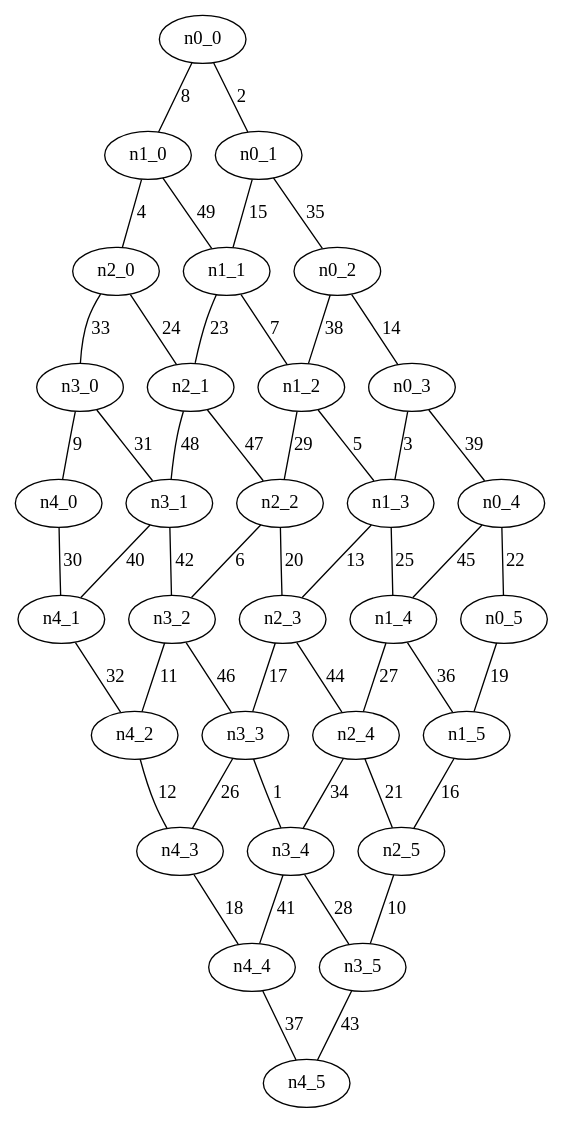
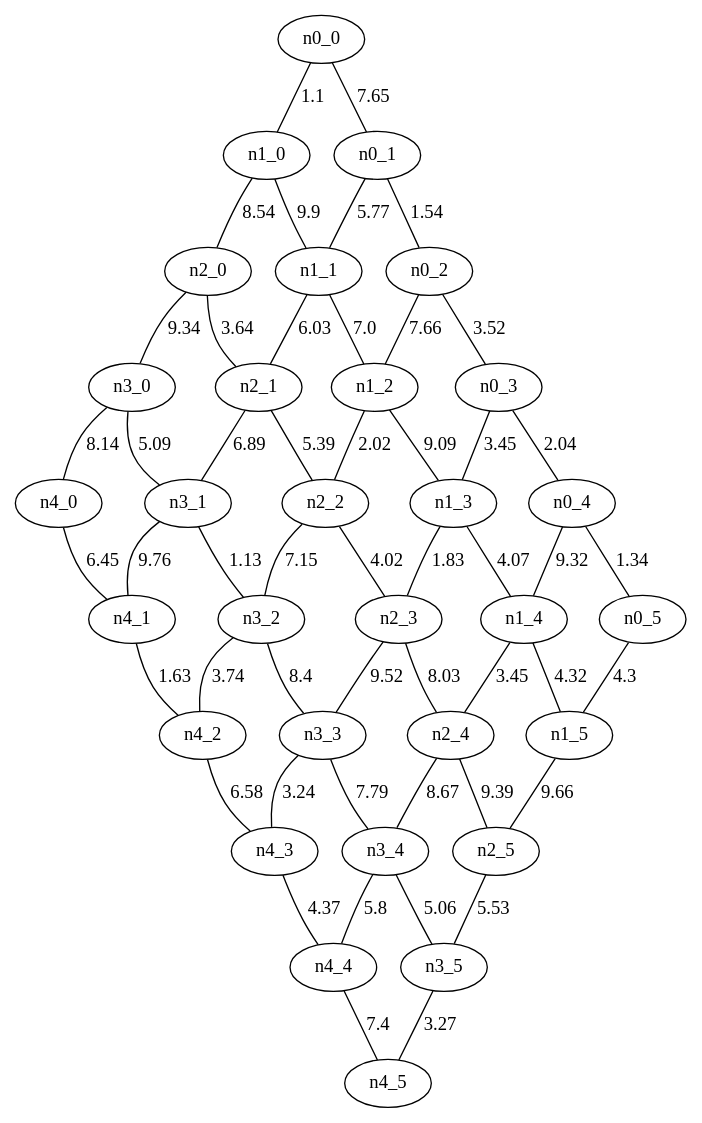
Before and after one commit to amorac4/DAA24: the diagram in Proyecto 4/Grafos Generados/grafo_malla_30.gv, drawn with Graphviz. The commit also changed 65 other files, not shown here.

```diff
--- a/Proyecto 4/Grafos Generados/grafo_malla_30.gv
+++ b/Proyecto 4/Grafos Generados/grafo_malla_30.gv
@@ -1,81 +1,81 @@
 graph G {
-"n4_0";
-"n4_1";
-"n2_5";
 "n3_2";
 "n2_2";
+"n0_3";
+"n1_3";
+"n1_2";
+"n3_4";
+"n1_0";
+"n1_5";
+"n2_3";
+"n0_5";
+"n1_1";
+"n1_4";
+"n4_4";
+"n4_0";
+"n3_5";
+"n0_4";
+"n0_1";
+"n3_3";
+"n0_0";
+"n0_2";
+"n3_0";
+"n2_0";
+"n4_2";
+"n4_1";
+"n4_3";
+"n2_5";
 "n2_4";
-"n1_4";
-"n2_0";
+"n4_5";
+"n3_1";
 "n2_1";
-"n0_0";
-"n0_3";
-"n1_0";
-"n0_5";
-"n4_4";
-"n2_3";
-"n0_1";
-"n1_1";
-"n4_3";
-"n3_0";
-"n3_4";
-"n1_2";
-"n0_4";
-"n3_1";
-"n1_3";
-"n4_5";
-"n0_2";
-"n3_3";
-"n1_5";
-"n4_2";
-"n3_5";
-    "n3_3" -- "n3_4"[label="1", len="1"];
-    "n0_0" -- "n0_1"[label="2", len="2"];
-    "n0_3" -- "n1_3"[label="3", len="3"];
-    "n1_0" -- "n2_0"[label="4", len="4"];
-    "n1_2" -- "n1_3"[label="5", len="5"];
-    "n2_2" -- "n3_2"[label="6", len="6"];
-    "n1_1" -- "n1_2"[label="7", len="7"];
-    "n0_0" -- "n1_0"[label="8", len="8"];
-    "n3_0" -- "n4_0"[label="9", len="9"];
-    "n2_5" -- "n3_5"[label="10", len="10"];
-    "n3_2" -- "n4_2"[label="11", len="11"];
-    "n4_2" -- "n4_3"[label="12", len="12"];
-    "n1_3" -- "n2_3"[label="13", len="13"];
-    "n0_2" -- "n0_3"[label="14", len="14"];
-    "n0_1" -- "n1_1"[label="15", len="15"];
-    "n1_5" -- "n2_5"[label="16", len="16"];
-    "n2_3" -- "n3_3"[label="17", len="17"];
-    "n4_3" -- "n4_4"[label="18", len="18"];
-    "n0_5" -- "n1_5"[label="19", len="19"];
-    "n2_2" -- "n2_3"[label="20", len="20"];
-    "n2_4" -- "n2_5"[label="21", len="21"];
-    "n0_4" -- "n0_5"[label="22", len="22"];
-    "n1_1" -- "n2_1"[label="23", len="23"];
-    "n2_0" -- "n2_1"[label="24", len="24"];
-    "n1_3" -- "n1_4"[label="25", len="25"];
-    "n3_3" -- "n4_3"[label="26", len="26"];
-    "n1_4" -- "n2_4"[label="27", len="27"];
-    "n3_4" -- "n3_5"[label="28", len="28"];
-    "n1_2" -- "n2_2"[label="29", len="29"];
-    "n4_0" -- "n4_1"[label="30", len="30"];
-    "n3_0" -- "n3_1"[label="31", len="31"];
-    "n4_1" -- "n4_2"[label="32", len="32"];
-    "n2_0" -- "n3_0"[label="33", len="33"];
-    "n2_4" -- "n3_4"[label="34", len="34"];
-    "n0_1" -- "n0_2"[label="35", len="35"];
-    "n1_4" -- "n1_5"[label="36", len="36"];
-    "n4_4" -- "n4_5"[label="37", len="37"];
-    "n0_2" -- "n1_2"[label="38", len="38"];
-    "n0_3" -- "n0_4"[label="39", len="39"];
-    "n3_1" -- "n4_1"[label="40", len="40"];
-    "n3_4" -- "n4_4"[label="41", len="41"];
-    "n3_1" -- "n3_2"[label="42", len="42"];
-    "n3_5" -- "n4_5"[label="43", len="43"];
-    "n2_3" -- "n2_4"[label="44", len="44"];
-    "n0_4" -- "n1_4"[label="45", len="45"];
-    "n3_2" -- "n3_3"[label="46", len="46"];
-    "n2_1" -- "n2_2"[label="47", len="47"];
-    "n2_1" -- "n3_1"[label="48", len="48"];
-    "n1_0" -- "n1_1"[label="49", len="49"];
+    "n4_2" -- "n4_3"[label="6.58", len="6.58"];
+    "n2_3" -- "n3_3"[label="9.52", len="9.52"];
+    "n0_1" -- "n0_2"[label="1.54", len="1.54"];
+    "n3_2" -- "n3_3"[label="8.4", len="8.4"];
+    "n0_3" -- "n0_4"[label="2.04", len="2.04"];
+    "n1_1" -- "n1_2"[label="7.0", len="7.0"];
+    "n2_2" -- "n2_3"[label="4.02", len="4.02"];
+    "n0_3" -- "n1_3"[label="3.45", len="3.45"];
+    "n2_0" -- "n3_0"[label="9.34", len="9.34"];
+    "n2_1" -- "n3_1"[label="6.89", len="6.89"];
+    "n1_1" -- "n2_1"[label="6.03", len="6.03"];
+    "n2_4" -- "n2_5"[label="9.39", len="9.39"];
+    "n0_0" -- "n0_1"[label="7.65", len="7.65"];
+    "n2_0" -- "n2_1"[label="3.64", len="3.64"];
+    "n4_1" -- "n4_2"[label="1.63", len="1.63"];
+    "n1_3" -- "n2_3"[label="1.83", len="1.83"];
+    "n4_0" -- "n4_1"[label="6.45", len="6.45"];
+    "n2_4" -- "n3_4"[label="8.67", len="8.67"];
+    "n3_0" -- "n3_1"[label="5.09", len="5.09"];
+    "n0_2" -- "n1_2"[label="7.66", len="7.66"];
+    "n0_0" -- "n1_0"[label="1.1", len="1.1"];
+    "n3_4" -- "n3_5"[label="5.06", len="5.06"];
+    "n1_0" -- "n2_0"[label="8.54", len="8.54"];
+    "n1_0" -- "n1_1"[label="9.9", len="9.9"];
+    "n3_4" -- "n4_4"[label="5.8", len="5.8"];
+    "n2_2" -- "n3_2"[label="7.15", len="7.15"];
+    "n4_3" -- "n4_4"[label="4.37", len="4.37"];
+    "n3_5" -- "n4_5"[label="3.27", len="3.27"];
+    "n3_0" -- "n4_0"[label="8.14", len="8.14"];
+    "n3_1" -- "n3_2"[label="1.13", len="1.13"];
+    "n1_2" -- "n1_3"[label="9.09", len="9.09"];
+    "n2_1" -- "n2_2"[label="5.39", len="5.39"];
+    "n0_4" -- "n1_4"[label="9.32", len="9.32"];
+    "n3_3" -- "n3_4"[label="7.79", len="7.79"];
+    "n1_4" -- "n1_5"[label="4.32", len="4.32"];
+    "n1_4" -- "n2_4"[label="3.45", len="3.45"];
+    "n1_3" -- "n1_4"[label="4.07", len="4.07"];
+    "n1_5" -- "n2_5"[label="9.66", len="9.66"];
+    "n1_2" -- "n2_2"[label="2.02", len="2.02"];
+    "n0_5" -- "n1_5"[label="4.3", len="4.3"];
+    "n2_5" -- "n3_5"[label="5.53", len="5.53"];
+    "n3_1" -- "n4_1"[label="9.76", len="9.76"];
+    "n3_2" -- "n4_2"[label="3.74", len="3.74"];
+    "n3_3" -- "n4_3"[label="3.24", len="3.24"];
+    "n0_4" -- "n0_5"[label="1.34", len="1.34"];
+    "n2_3" -- "n2_4"[label="8.03", len="8.03"];
+    "n0_1" -- "n1_1"[label="5.77", len="5.77"];
+    "n0_2" -- "n0_3"[label="3.52", len="3.52"];
+    "n4_4" -- "n4_5"[label="7.4", len="7.4"];
 }
```
